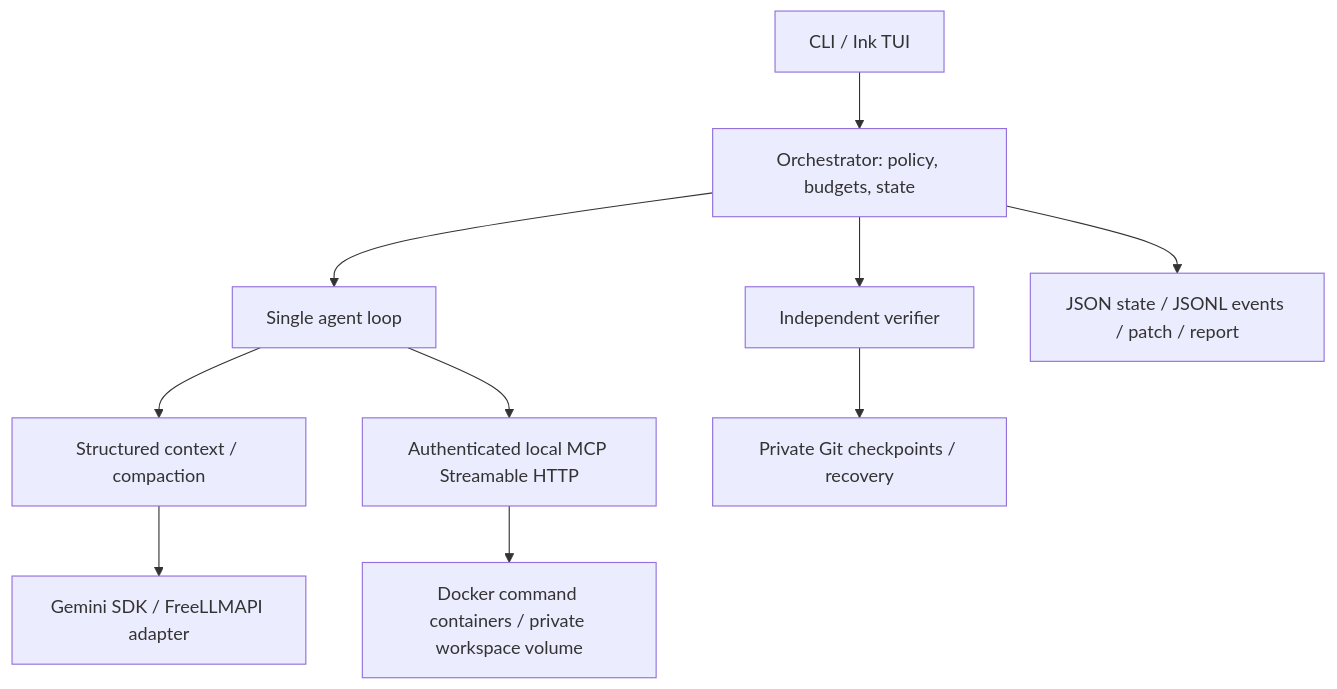
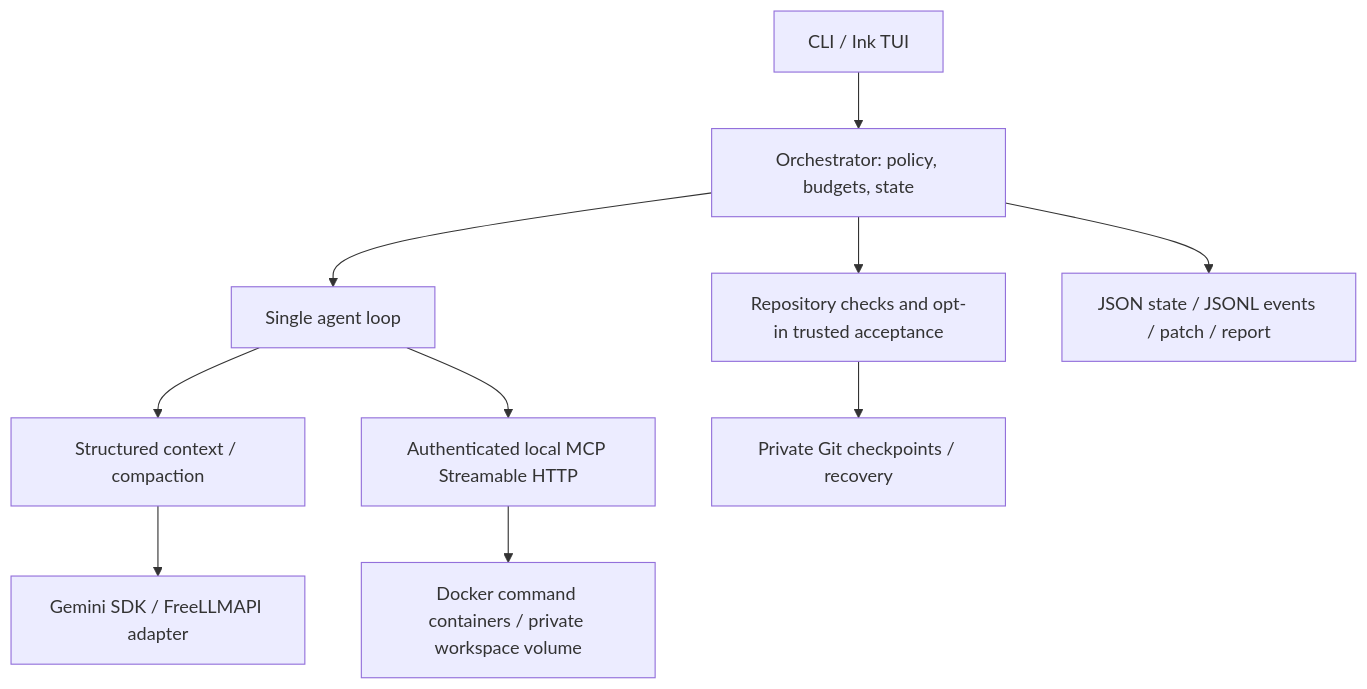
The diagram in README.md (harshb16/MiniCoder), drawn with Mermaid before and after one commit. The commit also changed other lines of this file and 14 other files, not shown here.

First line of the commit message:
feat: bind trusted acceptance to exported patches

````diff
--- a/README.md
+++ b/README.md
@@ -11,12 +11,12 @@
 ```mermaid
 flowchart TD
   CLI[CLI / Ink TUI] --> Runtime[Orchestrator: policy, budgets, state]
   Runtime --> Agent[Single agent loop]
   Agent --> Context[Structured context / compaction]
   Context --> Models[Gemini SDK / FreeLLMAPI adapter]
   Agent --> MCP[Authenticated local MCP Streamable HTTP]
   MCP --> Sandbox[Docker command containers / private workspace volume]
-  Runtime --> Verify[Independent verifier]
+  Runtime --> Verify[Repository checks and opt-in trusted acceptance]
   Verify --> Checkpoints[Private Git checkpoints / recovery]
   Runtime --> Trace[JSON state / JSONL events / patch / report]
 ```
````
